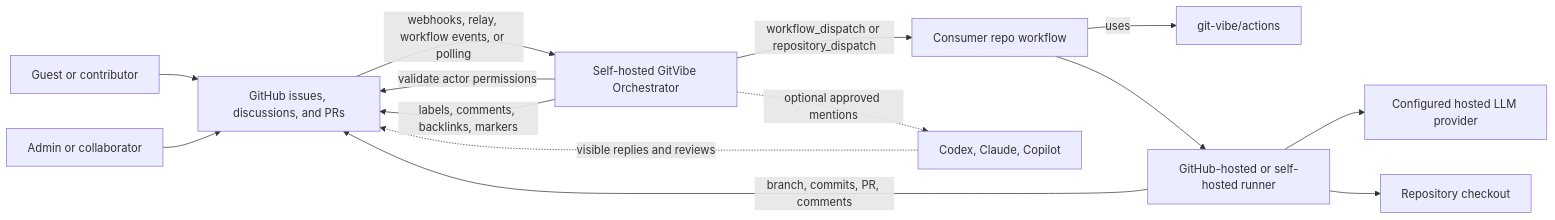
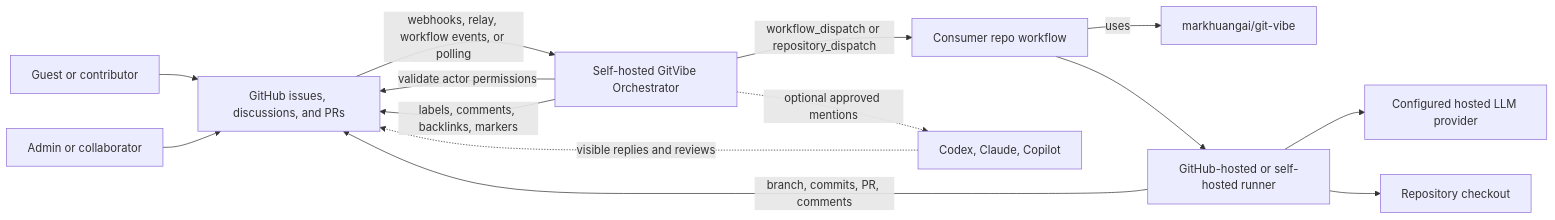
The first of 3 diagrams in docs/ARCHITECTURE.md (markhuangai/git-vibe), drawn with Mermaid before and after one commit. The commit also changed other lines of this file and 17 other files, not shown here.

````diff
--- a/docs/ARCHITECTURE.md
+++ b/docs/ARCHITECTURE.md
@@ -35,20 +35,20 @@
 ```mermaid
 flowchart LR
   U[Guest or contributor] --> GH[GitHub issues, discussions, and PRs]
   M[Admin or collaborator] --> GH
 
   GH -->|webhooks, relay, workflow events, or polling| APP[Self-hosted GitVibe Orchestrator]
   APP -->|validate actor permissions| GH
   APP -->|labels, comments, backlinks, markers| GH
   APP -->|workflow_dispatch or repository_dispatch| WF[Consumer repo workflow]
 
-  WF -->|uses| GV[git-vibe/actions]
+  WF -->|uses| GV[markhuangai/git-vibe]
   WF --> RUNNER[GitHub-hosted or self-hosted runner]
 
   RUNNER --> LLM[Configured hosted LLM provider]
   RUNNER --> CODE[Repository checkout]
   RUNNER -->|branch, commits, PR, comments| GH
 
   APP -. optional approved mentions .-> EXT[Codex, Claude, Copilot]
   EXT -. visible replies and reviews .-> GH
 ```
````
